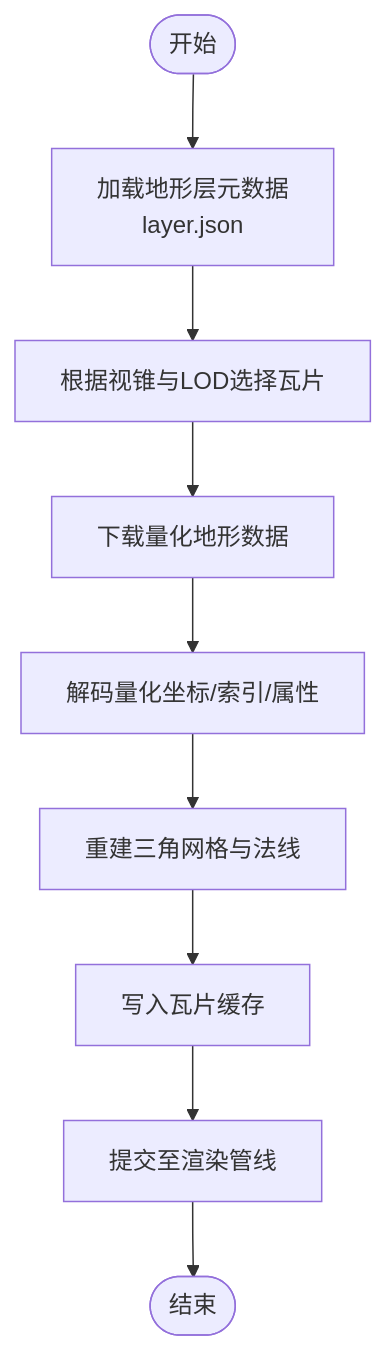
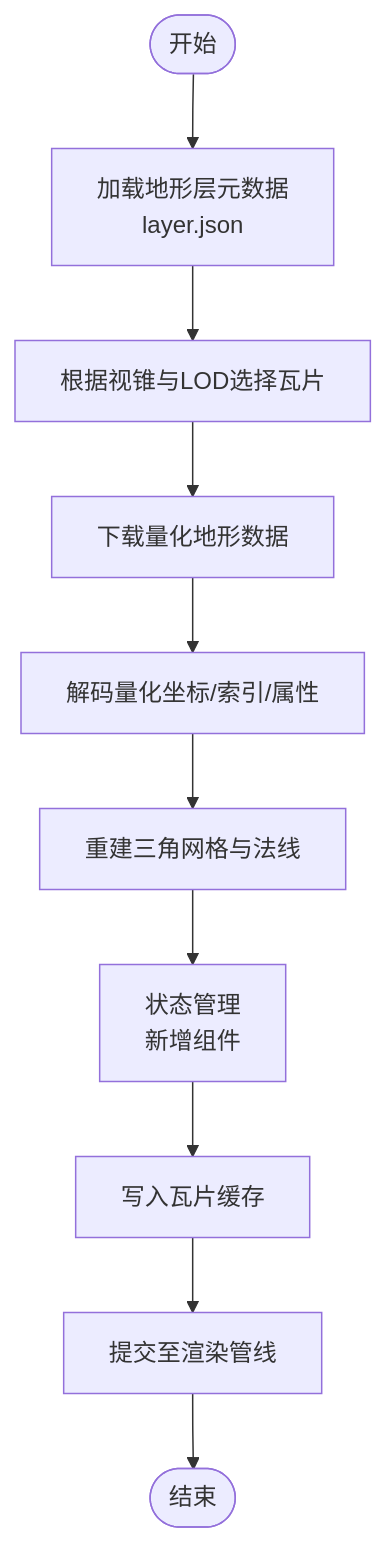
Before and after one commit to rzhangjing/cesium: the third of 6 diagrams in .qoder/repowiki/zh/content/项目概述/核心特性/地形与影像系统/地形与影像系统.md, drawn with Mermaid. The commit also changed other lines of this file and 92 other files, not shown here.

````diff
--- a/.qoder/repowiki/zh/content/项目概述/核心特性/地形与影像系统/地形与影像系统.md
+++ b/.qoder/repowiki/zh/content/项目概述/核心特性/地形与影像系统/地形与影像系统.md
@@ -147,11 +166,12 @@
 ```mermaid
 flowchart TD
 Start(["开始"]) --> LoadMeta["加载地形层元数据<br/>layer.json"]
 LoadMeta --> SelectTile["根据视锥与LOD选择瓦片"]
 SelectTile --> FetchData["下载量化地形数据"]
 FetchData --> Decode["解码量化坐标/索引/属性"]
 Decode --> Rebuild["重建三角网格与法线"]
-Rebuild --> Cache["写入瓦片缓存"]
+Rebuild --> StateMgr["状态管理<br/>新增组件"]
+StateMgr --> Cache["写入瓦片缓存"]
 Cache --> Render["提交至渲染管线"]
 Render --> End(["结束"])
 ```
````
